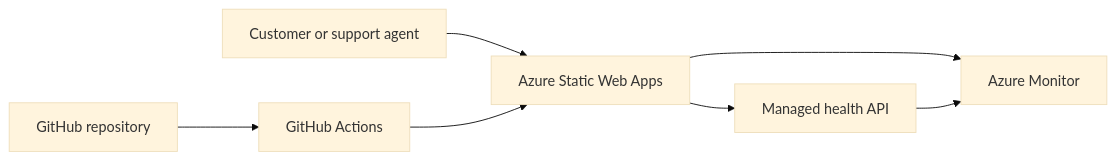
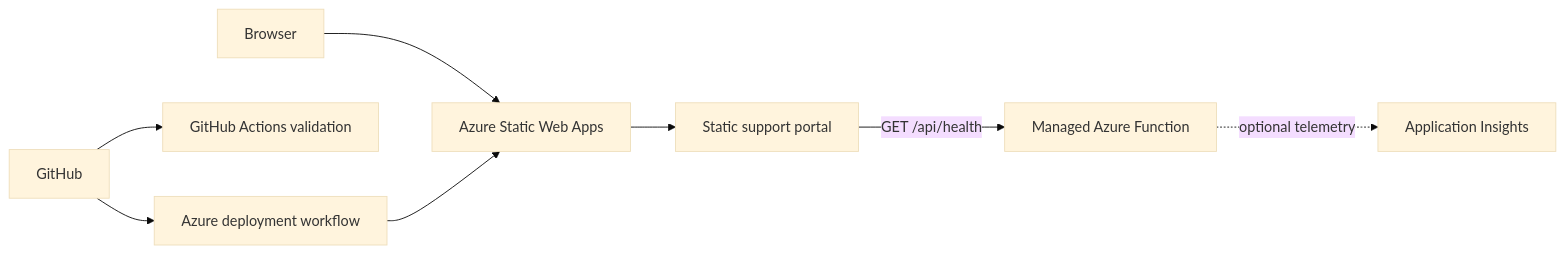
The diagram in README.md (luca-puckass-cloud/azure-support-operations-lab), drawn with Mermaid (base theme) before and after one commit. The commit also changed other lines of this file and 10 other files, not shown here.

Commit message:
Document Azure deployment and incident response

````diff
--- a/README.md
+++ b/README.md
@@ -21,9 +25,10 @@
 ```mermaid
 flowchart LR
-    U[Customer or support agent] --> SWA[Azure Static Web Apps]
-    SWA --> API[Managed health API]
-    GH[GitHub repository] --> GA[GitHub Actions]
-    GA --> SWA
-    SWA --> MON[Azure Monitor]
-    API --> MON
+    User[Browser] --> SWA[Azure Static Web Apps]
+    SWA --> Frontend[Static support portal]
+    Frontend -->|GET /api/health| API[Managed Azure Function]
+    Repo[GitHub] --> Validation[GitHub Actions validation]
+    Repo --> Deployment[Azure deployment workflow]
+    Deployment --> SWA
+    API -. optional telemetry .-> Monitor[Application Insights]
 ```
````
